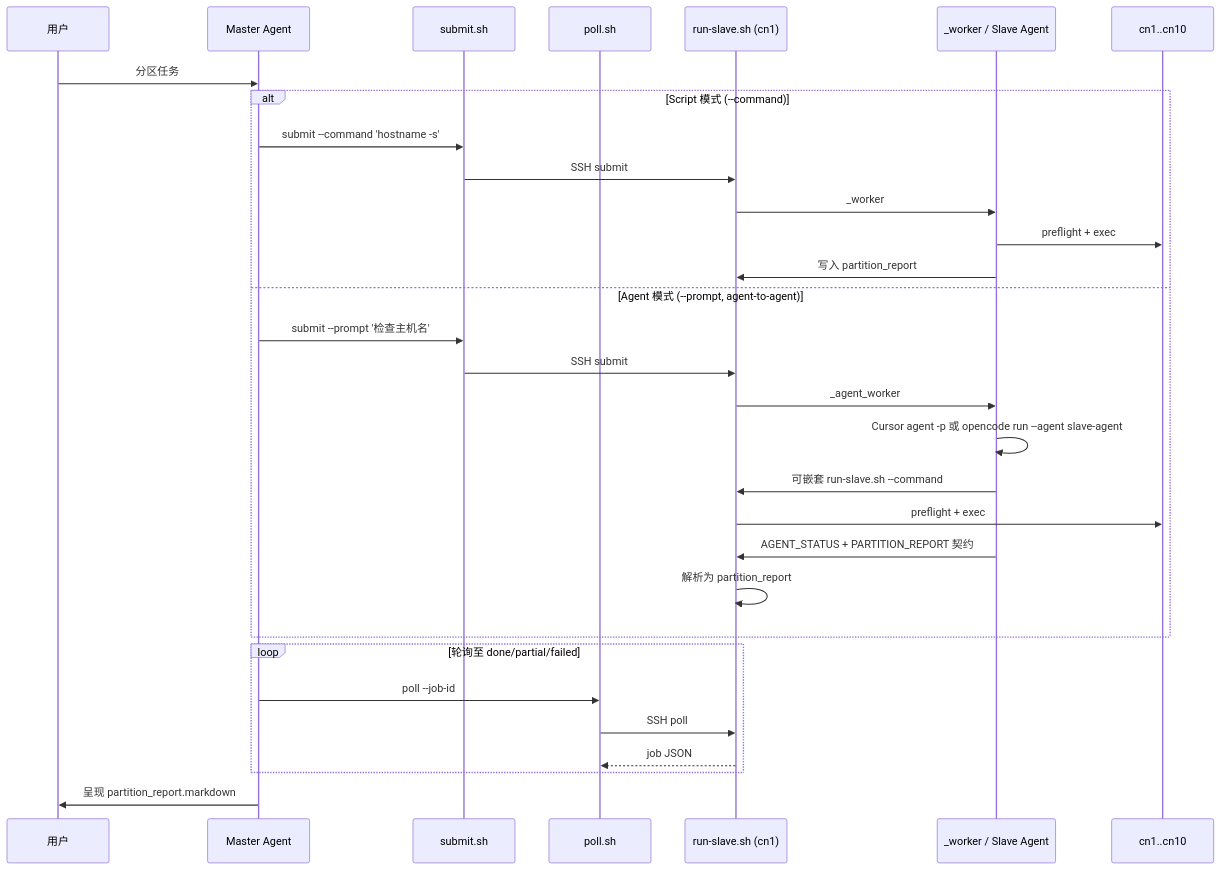
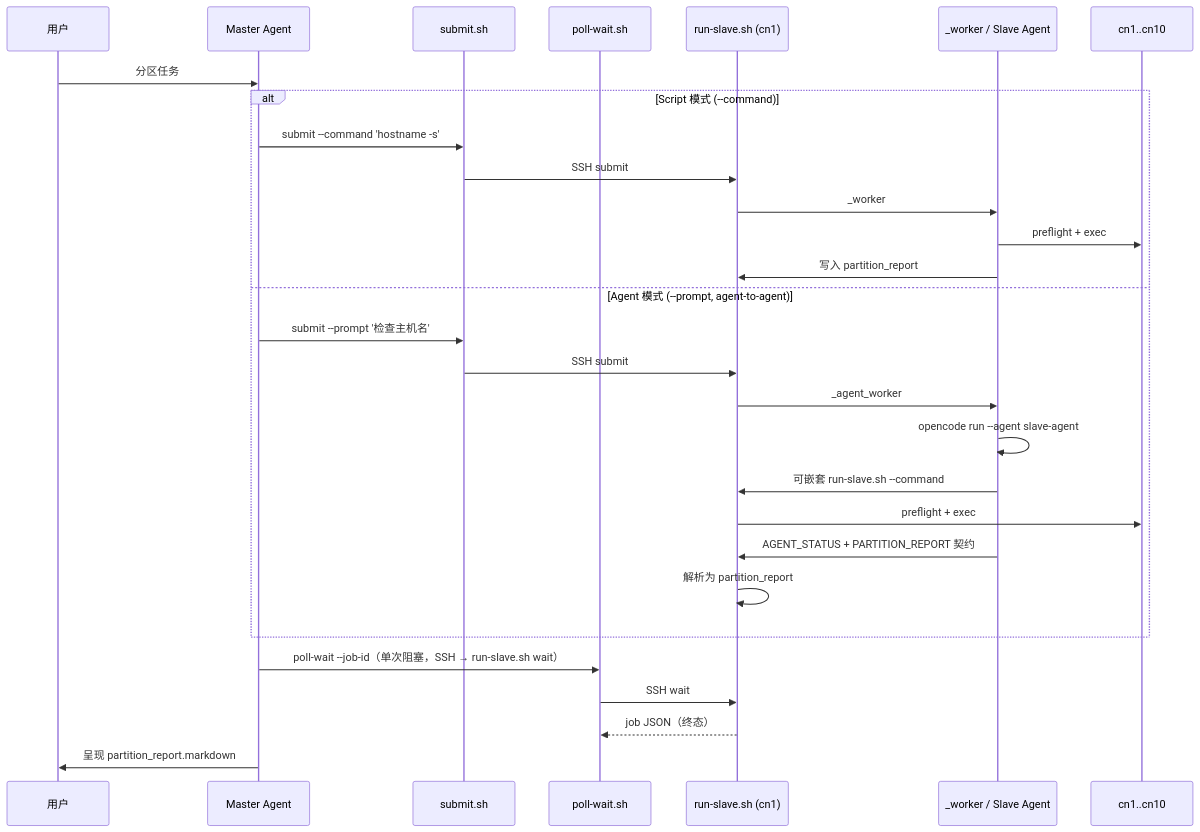
One commit to voidspiral/ClusterHelm changed the fourth of 4 diagrams in docs/zh/architecture.md. Above: the diagram before and after it, drawn with Mermaid. The commit also changed other lines of this file and 51 other files, not shown here.

````diff
--- a/docs/zh/architecture.md
+++ b/docs/zh/architecture.md
@@ -152,34 +150,32 @@
 ```mermaid
 sequenceDiagram
   participant User as 用户
   participant MA as Master Agent
   participant SS as submit.sh
-  participant PS as poll.sh
+  participant PS as poll-wait.sh
   participant RS as run-slave.sh (cn1)
   participant Exec as _worker / Slave Agent
   participant Node as cn1..cn10
 
   User->>MA: 分区任务
   alt Script 模式 (--command)
     MA->>SS: submit --command 'hostname -s'
     SS->>RS: SSH submit
     RS->>Exec: _worker
     Exec->>Node: preflight + exec
     Exec->>RS: 写入 partition_report
   else Agent 模式 (--prompt, agent-to-agent)
     MA->>SS: submit --prompt '检查主机名'
     SS->>RS: SSH submit
     RS->>Exec: _agent_worker
-    Exec->>Exec: Cursor agent -p 或 opencode run --agent slave-agent
+    Exec->>Exec: opencode run --agent slave-agent
     Exec->>RS: 可嵌套 run-slave.sh --command
     RS->>Node: preflight + exec
     Exec->>RS: AGENT_STATUS + PARTITION_REPORT 契约
     RS->>RS: 解析为 partition_report
   end
-  loop 轮询至 done/partial/failed
-    MA->>PS: poll --job-id
-    PS->>RS: SSH poll
-    RS-->>PS: job JSON
-  end
+  MA->>PS: poll-wait --job-id（单次阻塞，SSH → run-slave.sh wait）
+  PS->>RS: SSH wait
+  RS-->>PS: job JSON（终态）
   MA->>User: 呈现 partition_report.markdown
 ```
````
